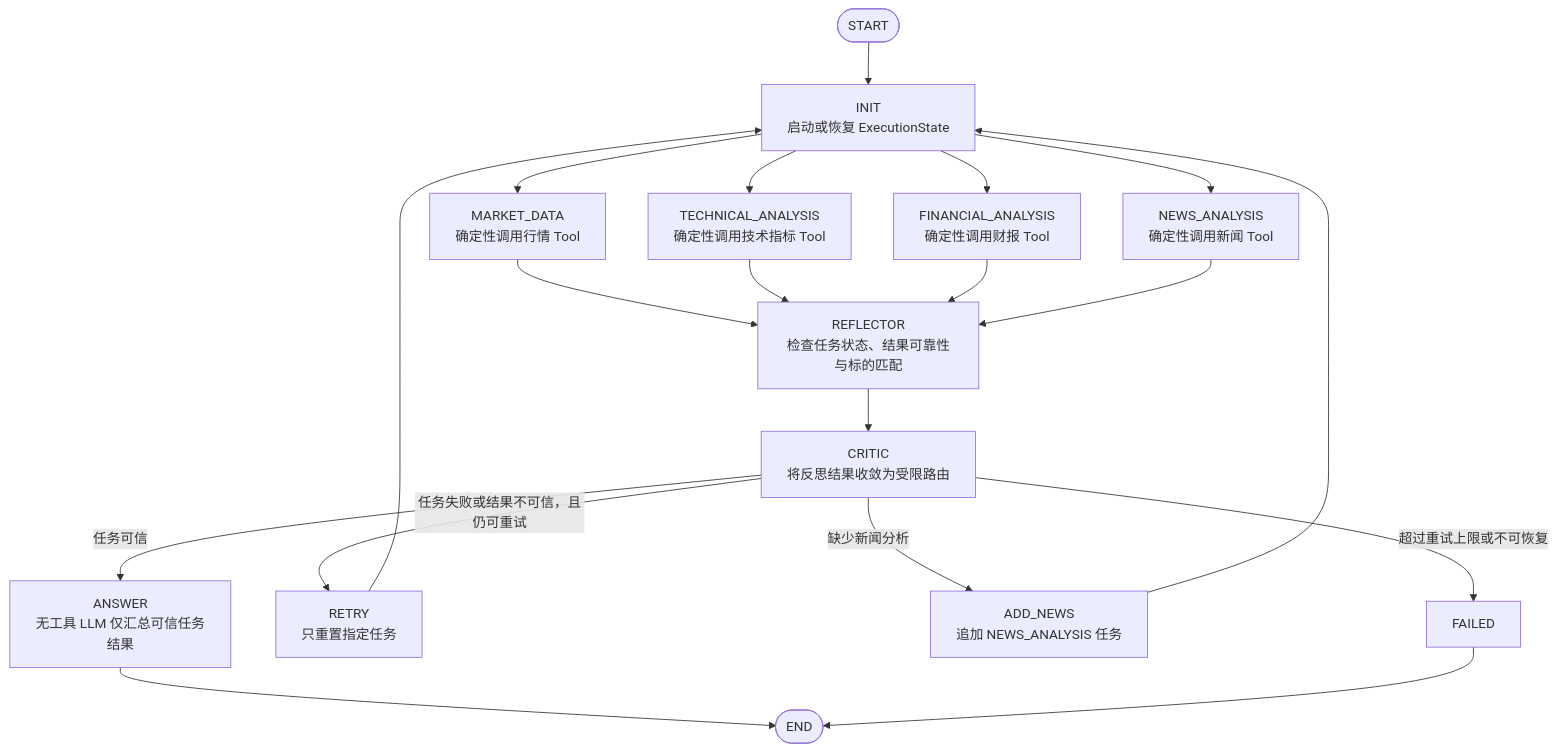
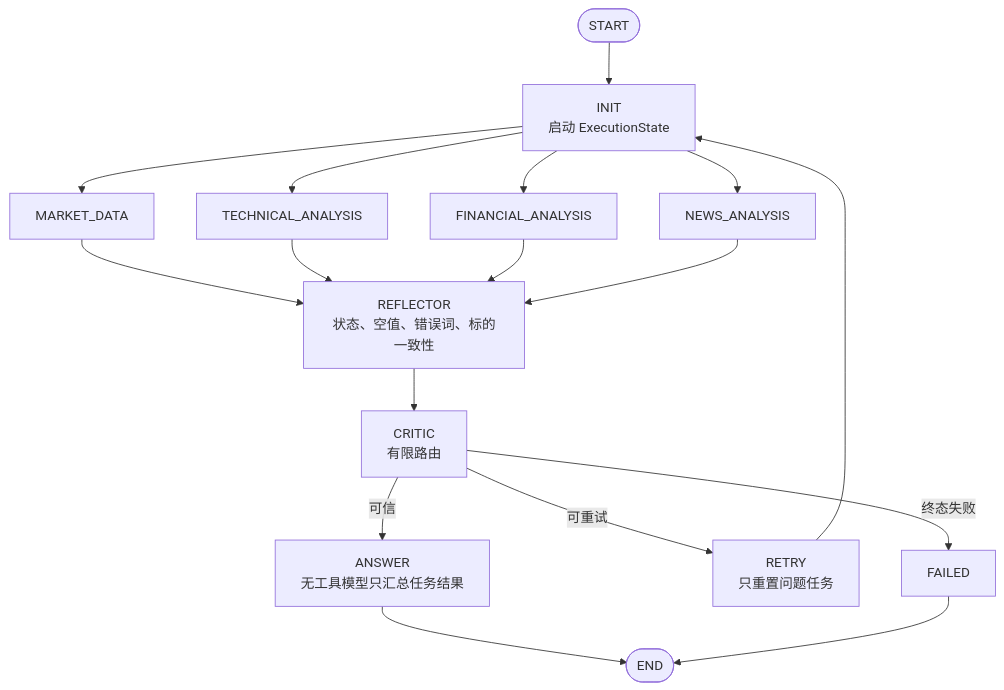
One commit to LJLExplorer/ai-stock-agent-langchain4j changed the third of 3 diagrams in README.md. Above: the diagram before and after it, drawn with Mermaid. The commit also changed other lines of this file and 4 other files, not shown here.

````diff
--- a/README.md
+++ b/README.md
@@ -113,21 +100,19 @@
 ```mermaid
 flowchart TD
-    start([START]) --> init["INIT\n启动或恢复 ExecutionState"]
-    init --> market["MARKET_DATA\n确定性调用行情 Tool"]
-    init --> technical["TECHNICAL_ANALYSIS\n确定性调用技术指标 Tool"]
-    init --> financial["FINANCIAL_ANALYSIS\n确定性调用财报 Tool"]
-    init --> news["NEWS_ANALYSIS\n确定性调用新闻 Tool"]
-    market --> reflector["REFLECTOR\n检查任务状态、结果可靠性与标的匹配"]
-    technical --> reflector
-    financial --> reflector
-    news --> reflector
-    reflector --> critic["CRITIC\n将反思结果收敛为受限路由"]
-    critic -->|"任务可信"| answer["ANSWER\n无工具 LLM 仅汇总可信任务结果"]
-    critic -->|"任务失败或结果不可信，且仍可重试"| retry["RETRY\n只重置指定任务"]
-    critic -->|"缺少新闻分析"| addNews["ADD_NEWS\n追加 NEWS_ANALYSIS 任务"]
-    critic -->|"超过重试上限或不可恢复"| failed["FAILED"]
-    retry --> init
-    addNews --> init
-    answer --> endNode([END])
-    failed --> endNode
+    Start([START]) --> Init["INIT<br/>启动 ExecutionState"]
+    Init --> Market["MARKET_DATA"]
+    Init --> Technical["TECHNICAL_ANALYSIS"]
+    Init --> Financial["FINANCIAL_ANALYSIS"]
+    Init --> News["NEWS_ANALYSIS"]
+    Market --> Reflector["REFLECTOR<br/>状态、空值、错误词、标的一致性"]
+    Technical --> Reflector
+    Financial --> Reflector
+    News --> Reflector
+    Reflector --> Critic["CRITIC<br/>有限路由"]
+    Critic -->|可信| Answer["ANSWER<br/>无工具模型只汇总任务结果"]
+    Critic -->|可重试| Retry["RETRY<br/>只重置问题任务"]
+    Critic -->|终态失败| Failed["FAILED"]
+    Retry --> Init
+    Answer --> End([END])
+    Failed --> End
 ```
````
